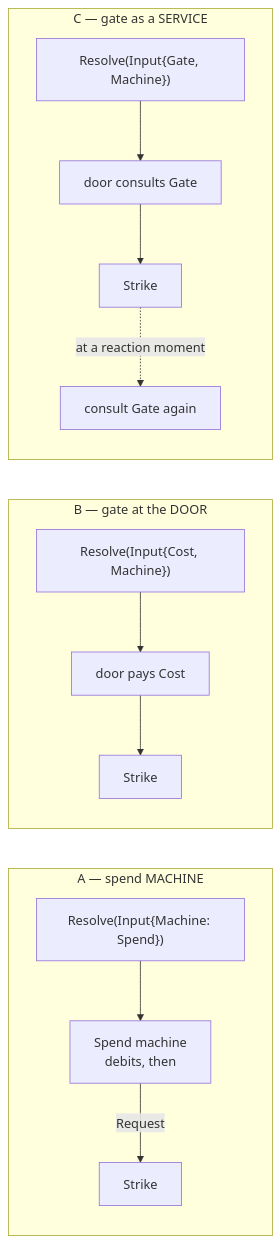
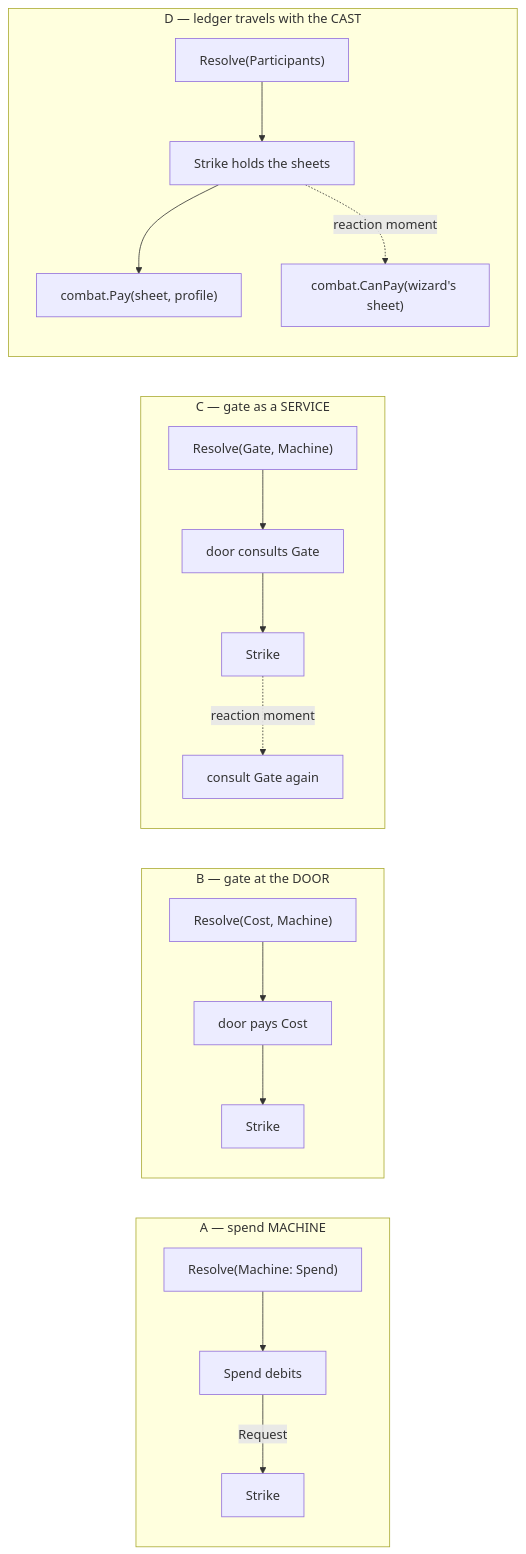
The diagram in docs/ideas/session-sdk/economy-gate.md (KirkDiggler/rpg-toolkit), drawn with Mermaid before and after one commit. The commit also changed other lines of this file, not shown here.

````diff
--- a/docs/ideas/session-sdk/economy-gate.md
+++ b/docs/ideas/session-sdk/economy-gate.md
@@ -43,13 +43,18 @@
 ```mermaid
 flowchart LR
     subgraph A["A — spend MACHINE"]
-        A1["Resolve(Input{Machine: Spend})"] --> A2["Spend machine\ndebits, then"] -->|Request| A3["Strike"]
+        A1["Resolve(Machine: Spend)"] --> A2["Spend debits"] -->|Request| A3["Strike"]
     end
     subgraph B["B — gate at the DOOR"]
-        B1["Resolve(Input{Cost, Machine})"] --> B2["door pays Cost"] --> B3["Strike"]
+        B1["Resolve(Cost, Machine)"] --> B2["door pays Cost"] --> B3["Strike"]
     end
     subgraph C["C — gate as a SERVICE"]
-        C1["Resolve(Input{Gate, Machine})"] --> C2["door consults Gate"] --> C3["Strike"]
-        C3 -.->|"at a reaction moment"| C4["consult Gate again"]
+        C1["Resolve(Gate, Machine)"] --> C2["door consults Gate"] --> C3["Strike"]
+        C3 -.->|"reaction moment"| C4["consult Gate again"]
+    end
+    subgraph D["D — ledger travels with the CAST"]
+        D1["Resolve(Participants)"] --> D2["Strike holds the sheets"]
+        D2 --> D3["combat.Pay(sheet, profile)"]
+        D2 -.->|"reaction moment"| D4["combat.CanPay(wizard's sheet)"]
     end
 ```
````
